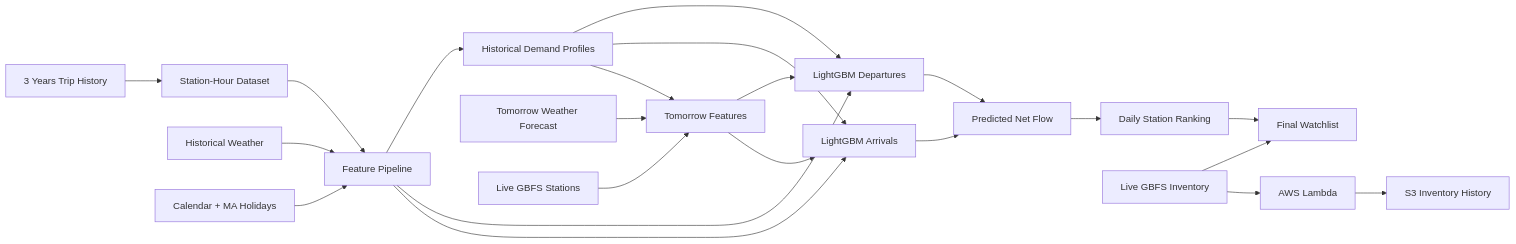
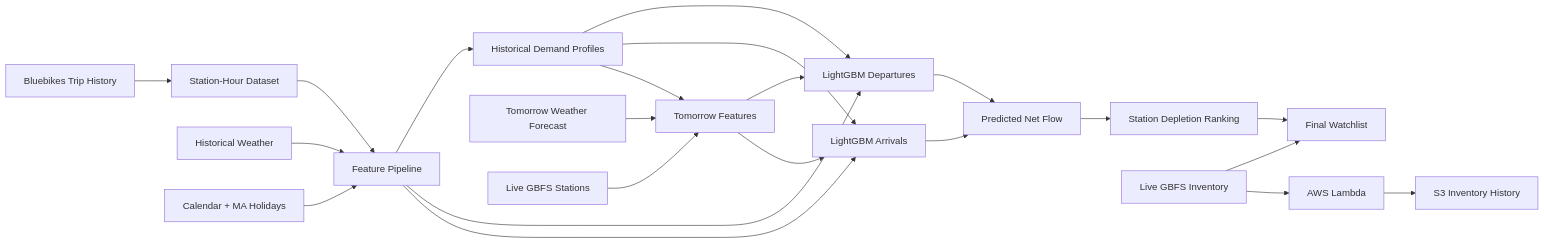
One commit to kcrokkam/bluebikes-intelligence changed the diagram in README.md. Above: the diagram before and after it, drawn with Mermaid. The commit also changed other lines of this file, not shown here.

````diff
--- a/README.md
+++ b/README.md
@@ -207,27 +87,27 @@
 ```mermaid
 flowchart LR
-    A[3 Years Trip History] --> B[Station-Hour Dataset]
+    A[Bluebikes Trip History] --> B[Station-Hour Dataset]
     C[Historical Weather] --> D[Feature Pipeline]
     E[Calendar + MA Holidays] --> D
     B --> D
     D --> F[Historical Demand Profiles]
     D --> G[LightGBM Departures]
     D --> H[LightGBM Arrivals]
     F --> G
     F --> H
     G --> I[Predicted Net Flow]
     H --> I
-    I --> J[Daily Station Ranking]
+    I --> J[Station Depletion Ranking]
 
     K[Tomorrow Weather Forecast] --> L[Tomorrow Features]
     M[Live GBFS Stations] --> L
     F --> L
     L --> G
     L --> H
 
     N[Live GBFS Inventory] --> O[Final Watchlist]
     J --> O
 
     N --> P[AWS Lambda]
     P --> Q[S3 Inventory History]
 ```
````
